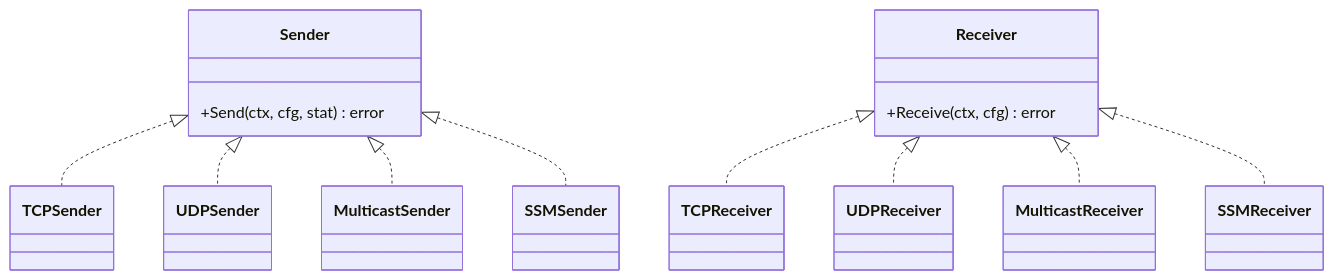
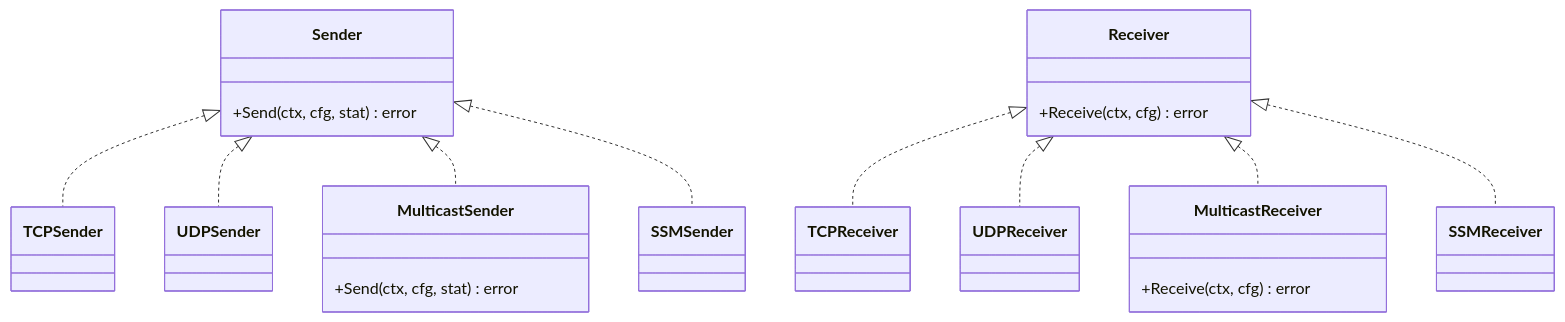
One commit to yanzhen74/ping-x changed the fifth of 8 diagrams in .qoder/repowiki/zh/content/网络协议支持/组播协议测试.md. Above: the diagram before and after it, drawn with Mermaid. The commit also changed other lines of this file and 16 other files, not shown here.

````diff
--- a/.qoder/repowiki/zh/content/网络协议支持/组播协议测试.md
+++ b/.qoder/repowiki/zh/content/网络协议支持/组播协议测试.md
@@ -222,25 +249,29 @@
 ```mermaid
 classDiagram
 class Sender {
 +Send(ctx, cfg, stat) error
 }
 class Receiver {
 +Receive(ctx, cfg) error
 }
 class TCPSender
 class UDPSender
-class MulticastSender
+class MulticastSender {
++Send(ctx, cfg, stat) error
+}
 class SSMSender
 class TCPReceiver
 class UDPReceiver
-class MulticastReceiver
+class MulticastReceiver {
++Receive(ctx, cfg) error
+}
 class SSMReceiver
 Sender <|.. TCPSender
 Sender <|.. UDPSender
 Sender <|.. MulticastSender
 Sender <|.. SSMSender
 Receiver <|.. TCPReceiver
 Receiver <|.. UDPReceiver
 Receiver <|.. MulticastReceiver
 Receiver <|.. SSMReceiver
 ```
````
